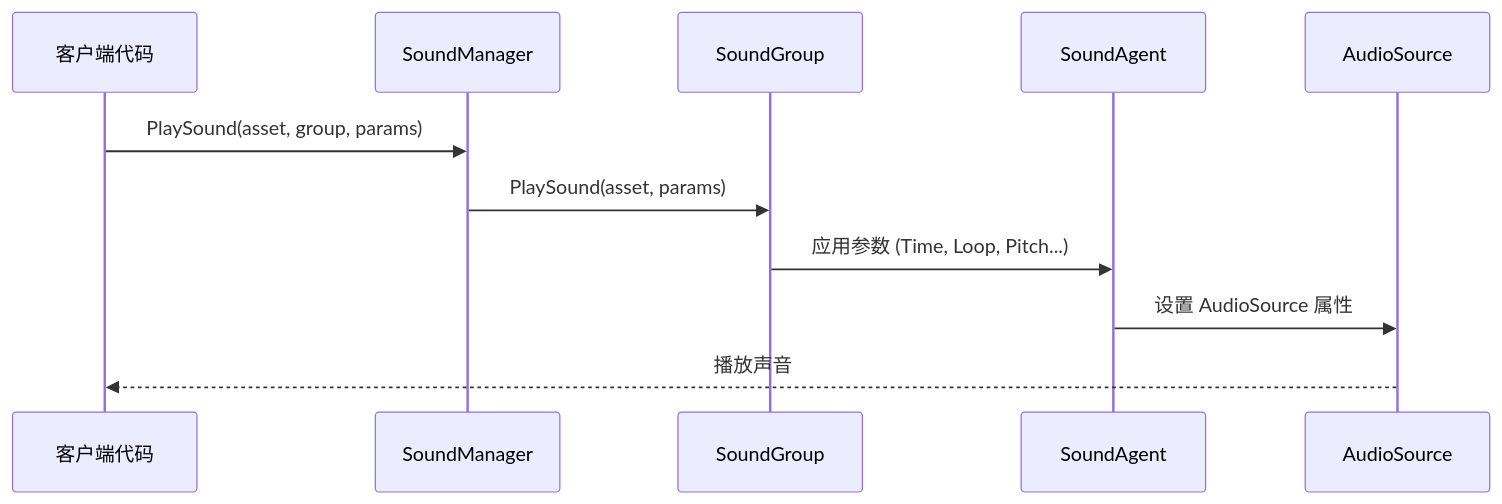
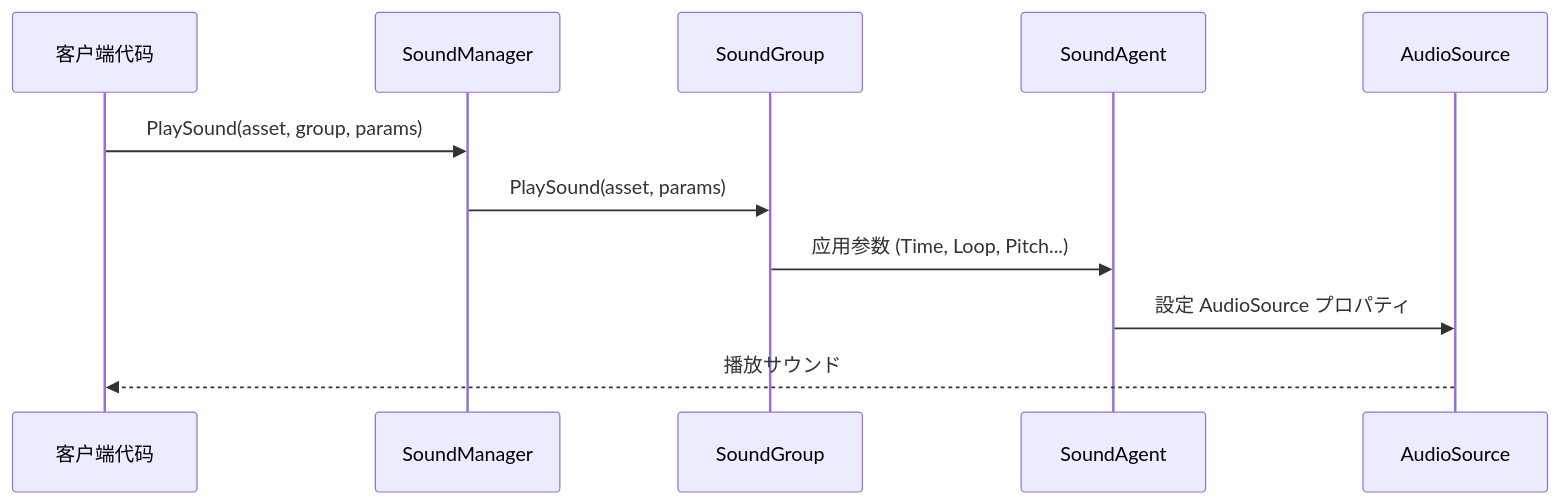
One commit to AlianBlank/GameFrameX.Docs changed the diagram in docs/ja/client/unity/component/sound/08.play-sound-params.md. Above: the diagram before and after it, drawn with Mermaid. The commit also changed other lines of this file and 603 other files, not shown here.

````diff
--- a/docs/ja/client/unity/component/sound/08.play-sound-params.md
+++ b/docs/ja/client/unity/component/sound/08.play-sound-params.md
@@ -22,14 +22,14 @@
 ```mermaid
 sequenceDiagram
     participant Client as 客户端代码
     participant SM as SoundManager
     participant SG as SoundGroup
     participant SA as SoundAgent
     participant AS as AudioSource
 
     Client->>SM: PlaySound(asset, group, params)
     SM->>SG: PlaySound(asset, params)
     SG->>SA: 应用参数 (Time, Loop, Pitch...)
-    SA->>AS: 设置 AudioSource 属性
-    AS-->>Client: 播放声音
+    SA->>AS: 設定 AudioSource プロパティ
+    AS-->>Client: 播放サウンド
 ```
````
